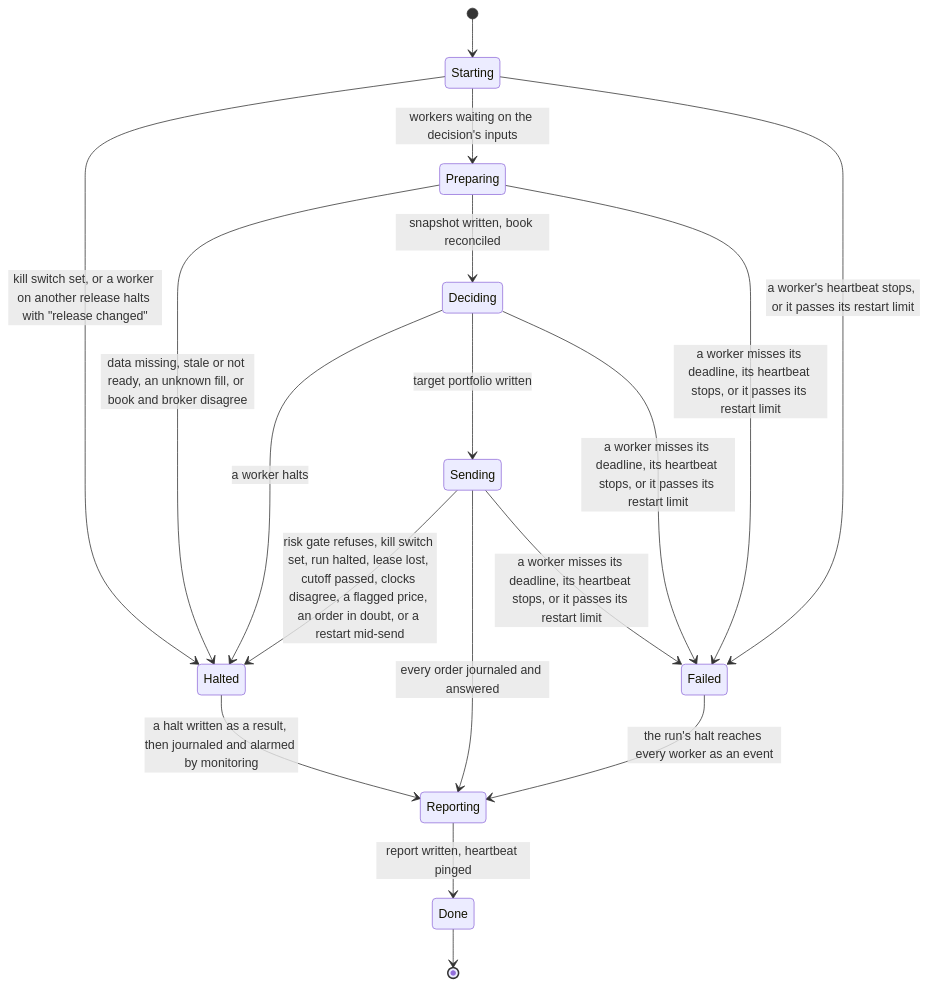
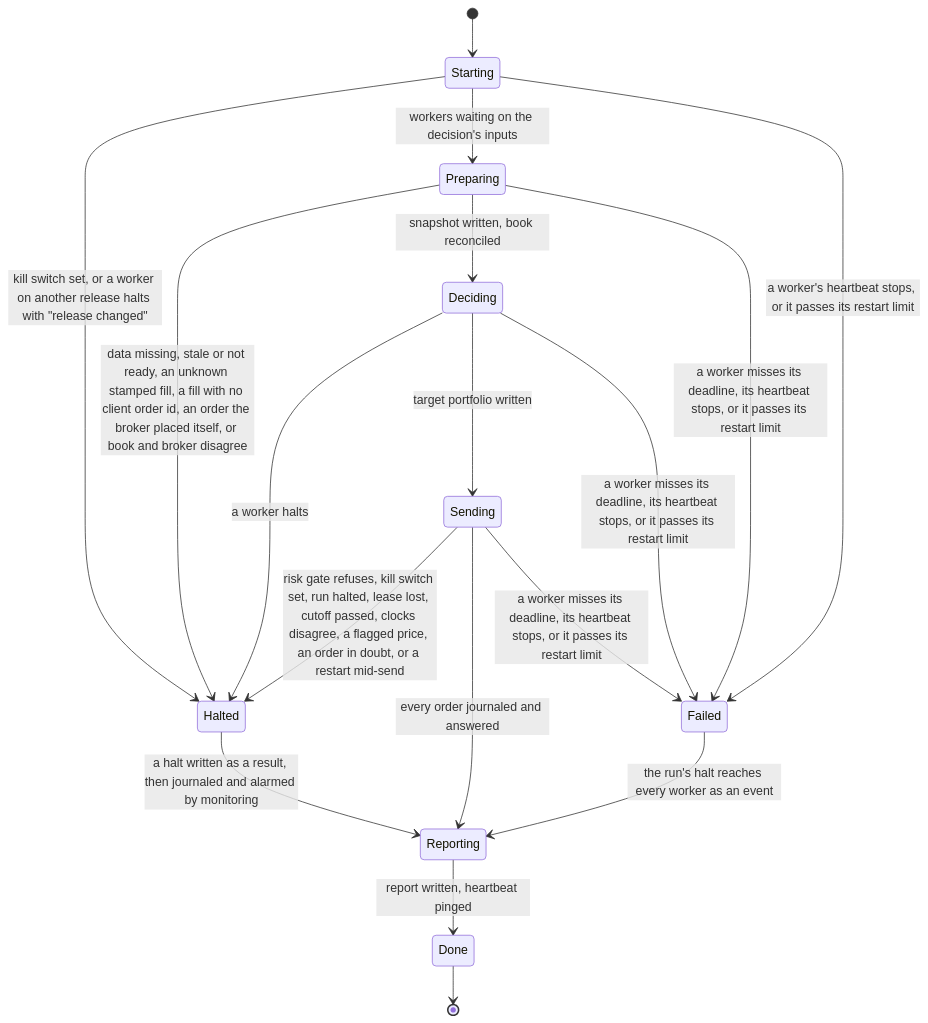
Diagram 13 of 16 in docs/architecture.md (l3a0/ithildin-runtime), drawn with Mermaid before and after one commit. The commit also changed other lines of this file and 1 other file, not shown here.

First line of the commit message:
docs(design): sort broker entries safely and keep hand trades from loosening limits

````diff
--- a/docs/architecture.md
+++ b/docs/architecture.md
@@ -1533,20 +1533,20 @@
 ```mermaid
 stateDiagram-v2
     [*] --> Starting
     Starting --> Halted: kill switch set, or a worker on another release halts with "release changed"
     Starting --> Preparing: workers waiting on the decision's inputs
-    Preparing --> Halted: data missing, stale or not ready, an unknown fill, or book and broker disagree
+    Preparing --> Halted: data missing, stale or not ready, an unknown stamped fill, a fill with no client order id, an order the broker placed itself, or book and broker disagree
     Preparing --> Deciding: snapshot written, book reconciled
     Deciding --> Halted: a worker halts
     Deciding --> Sending: target portfolio written
     Sending --> Halted: risk gate refuses, kill switch set, run halted, lease lost, cutoff passed, clocks disagree, a flagged price, an order in doubt, or a restart mid-send
     Sending --> Reporting: every order journaled and answered
     Halted --> Reporting: a halt written as a result, then journaled and alarmed by monitoring
     Reporting --> Done: report written, heartbeat pinged
     Done --> [*]
     Starting --> Failed: a worker's heartbeat stops, or it passes its restart limit
     Preparing --> Failed: a worker misses its deadline, its heartbeat stops, or it passes its restart limit
     Deciding --> Failed: a worker misses its deadline, its heartbeat stops, or it passes its restart limit
     Sending --> Failed: a worker misses its deadline, its heartbeat stops, or it passes its restart limit
     Failed --> Reporting: the run's halt reaches every worker as an event
 ```
````
